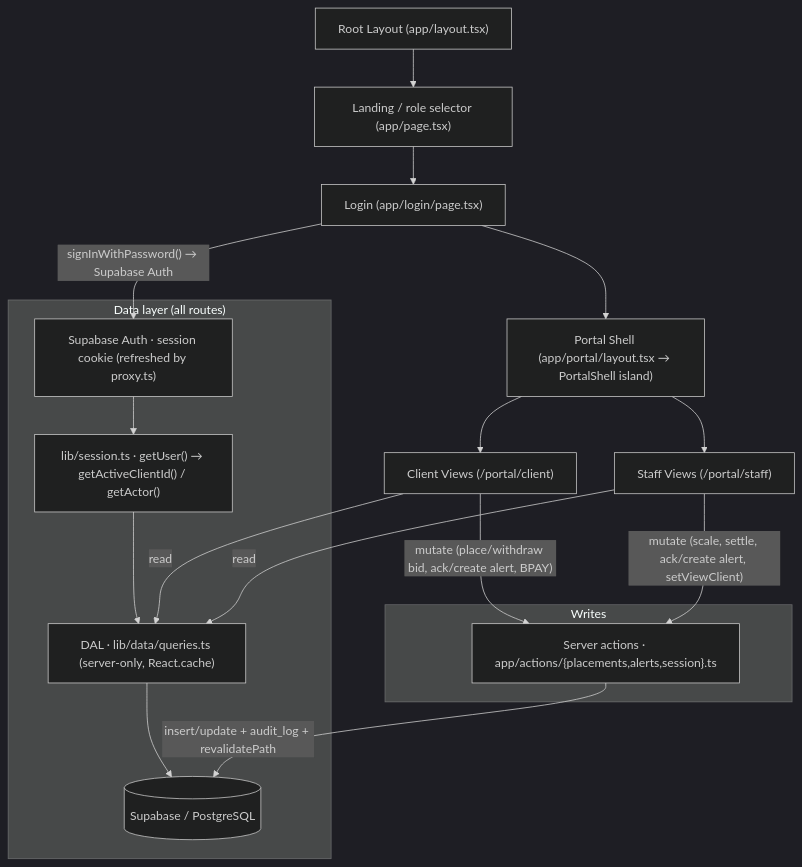
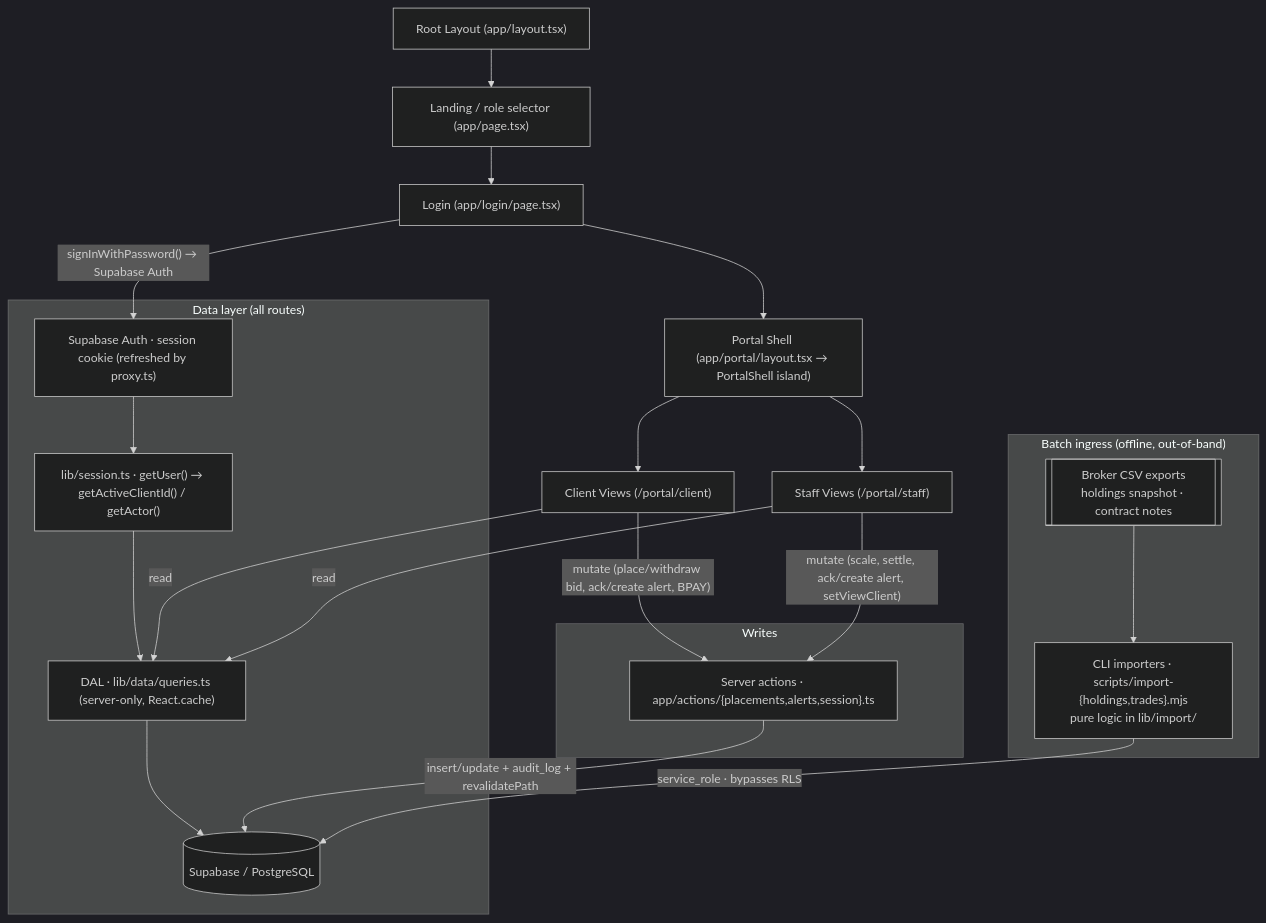
The diagram in docs/HLD.md (Vitti-Capital-Tech/client-dashboard), drawn with Mermaid (dark theme) before and after one commit. The commit also changed other lines of this file and 13 other files, not shown here.

Commit message:
Added the expport csv button, graph and holdings page in the tab

````diff
--- a/docs/HLD.md
+++ b/docs/HLD.md
@@ -17,26 +18,32 @@
 ```mermaid
 graph TD
     Root["Root Layout (app/layout.tsx)"] --> Landing["Landing / role selector (app/page.tsx)"]
     Landing --> Login["Login (app/login/page.tsx)"]
     Login -->|"signInWithPassword() → Supabase Auth"| Auth["Supabase Auth · session cookie (refreshed by proxy.ts)"]
     Login --> E["Portal Shell (app/portal/layout.tsx → PortalShell island)"]
 
     E --> F["Client Views (/portal/client)"]
     E --> G["Staff Views (/portal/staff)"]
 
     subgraph "Data layer (all routes)"
         Auth --> Session["lib/session.ts · getUser() → getActiveClientId() / getActor()"]
         Session --> DAL["DAL · lib/data/queries.ts (server-only, React.cache)"]
         DAL --> Supa[("Supabase / PostgreSQL")]
     end
 
     subgraph "Writes"
         Actions["Server actions · app/actions/{placements,alerts,session}.ts"]
         Actions -->|"insert/update + audit_log + revalidatePath"| Supa
     end
 
+    subgraph "Batch ingress (offline, out-of-band)"
+        CSV[["Broker CSV exports<br/>holdings snapshot · contract notes"]]
+        CSV --> Imp["CLI importers · scripts/import-{holdings,trades}.mjs<br/>pure logic in lib/import/"]
+        Imp -->|"service_role · bypasses RLS"| Supa
+    end
+
     F -->|"read"| DAL
     G -->|"read"| DAL
     F -->|"mutate (place/withdraw bid, ack/create alert, BPAY)"| Actions
     G -->|"mutate (scale, settle, ack/create alert, setViewClient)"| Actions
 ```
````
